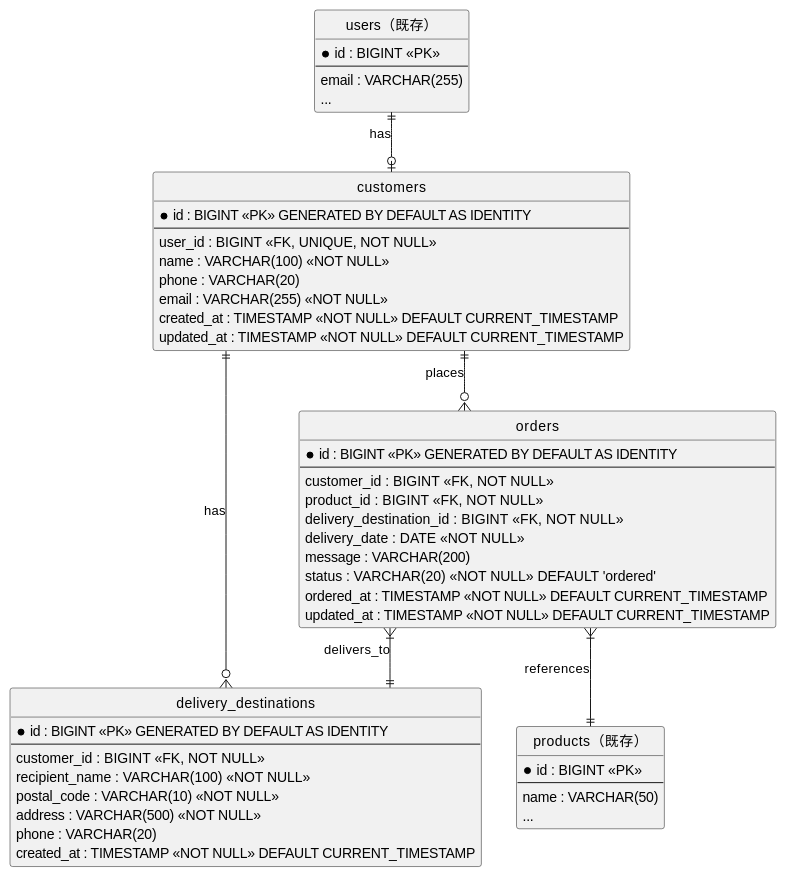
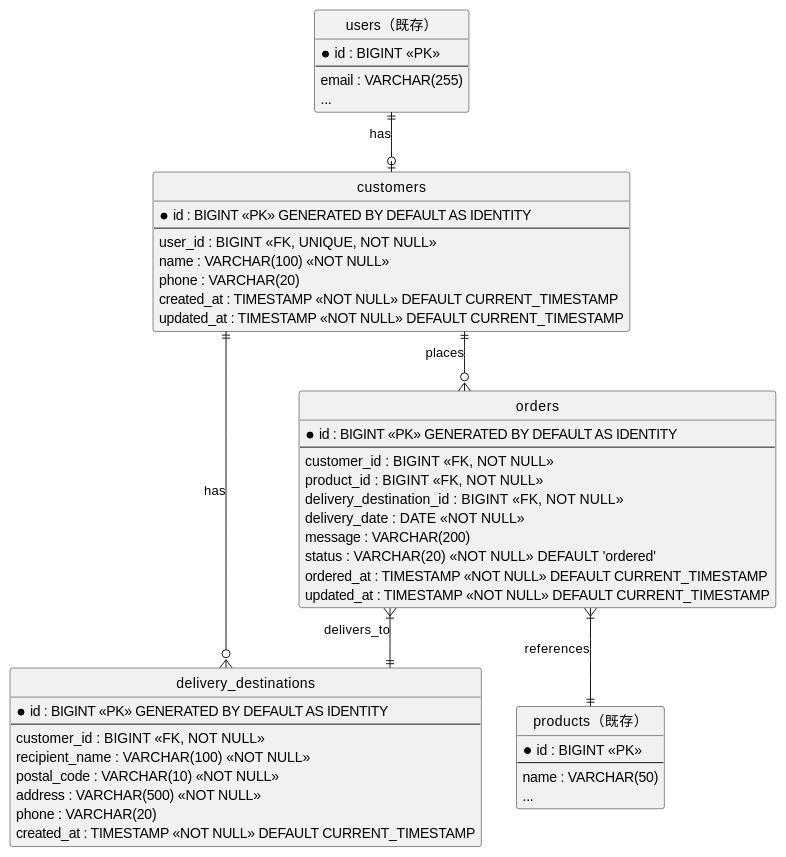
The fourth of 6 diagrams in docs/development/iteration_plan-3.md (k2works/case-study-sdd-development), drawn with PlantUML before and after one commit. The commit also changed other lines of this file and 1 other file, not shown here.

````diff
--- a/docs/development/iteration_plan-3.md
+++ b/docs/development/iteration_plan-3.md
@@ -295,62 +307,61 @@
 ```plantuml
 @startuml
 hide circle
 skinparam linetype ortho
 
 entity "customers" as customers {
   *id : BIGINT <<PK>> GENERATED BY DEFAULT AS IDENTITY
   --
   user_id : BIGINT <<FK, UNIQUE, NOT NULL>>
   name : VARCHAR(100) <<NOT NULL>>
   phone : VARCHAR(20)
-  email : VARCHAR(255) <<NOT NULL>>
   created_at : TIMESTAMP <<NOT NULL>> DEFAULT CURRENT_TIMESTAMP
   updated_at : TIMESTAMP <<NOT NULL>> DEFAULT CURRENT_TIMESTAMP
 }
 
 entity "delivery_destinations" as delivery_dest {
   *id : BIGINT <<PK>> GENERATED BY DEFAULT AS IDENTITY
   --
   customer_id : BIGINT <<FK, NOT NULL>>
   recipient_name : VARCHAR(100) <<NOT NULL>>
   postal_code : VARCHAR(10) <<NOT NULL>>
   address : VARCHAR(500) <<NOT NULL>>
   phone : VARCHAR(20)
   created_at : TIMESTAMP <<NOT NULL>> DEFAULT CURRENT_TIMESTAMP
 }
 
 entity "orders" as orders {
   *id : BIGINT <<PK>> GENERATED BY DEFAULT AS IDENTITY
   --
   customer_id : BIGINT <<FK, NOT NULL>>
   product_id : BIGINT <<FK, NOT NULL>>
   delivery_destination_id : BIGINT <<FK, NOT NULL>>
   delivery_date : DATE <<NOT NULL>>
   message : VARCHAR(200)
   status : VARCHAR(20) <<NOT NULL>> DEFAULT 'ordered'
   ordered_at : TIMESTAMP <<NOT NULL>> DEFAULT CURRENT_TIMESTAMP
   updated_at : TIMESTAMP <<NOT NULL>> DEFAULT CURRENT_TIMESTAMP
 }
 
 entity "users（既存）" as users {
   *id : BIGINT <<PK>>
   --
   email : VARCHAR(255)
   ...
 }
 
 entity "products（既存）" as products {
   *id : BIGINT <<PK>>
   --
   name : VARCHAR(50)
   ...
 }
 
 users ||--o| customers : has
 customers ||--o{ delivery_dest : has
 customers ||--o{ orders : places
 orders }|--|| products : references
 orders }|--|| delivery_dest : delivers_to
 
 @enduml
 ```
````
